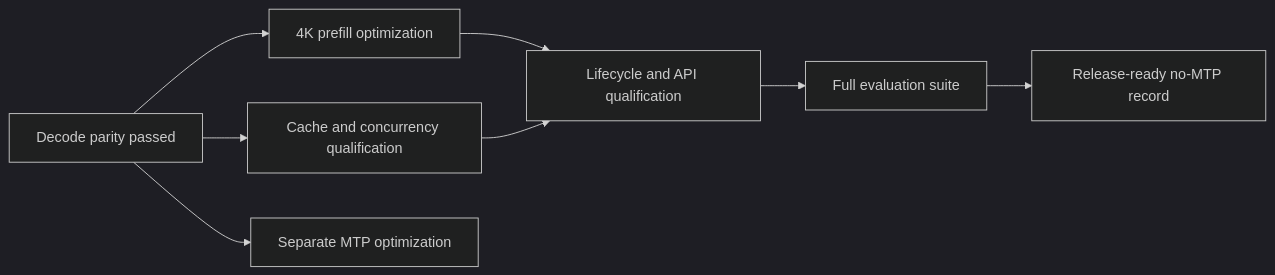
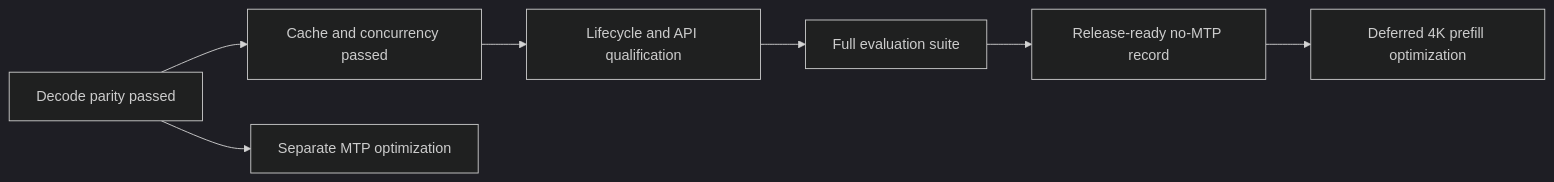
One commit to scouzi1966/AFMKit changed diagram 12 of 12 in docs/QWEN38_FLASH_NEXT_PERFORMANCE.md. Above: the diagram before and after it, drawn with Mermaid (dark theme). The commit also changed other lines of this file and 5 other files, not shown here.

````diff
--- a/docs/QWEN38_FLASH_NEXT_PERFORMANCE.md
+++ b/docs/QWEN38_FLASH_NEXT_PERFORMANCE.md
@@ -616,10 +675,9 @@
 ```mermaid
 flowchart LR
-    A[Decode parity passed] --> B[4K prefill optimization]
-    A --> C[Cache and concurrency qualification]
-    B --> D[Lifecycle and API qualification]
-    C --> D
+    A[Decode parity passed] --> C[Cache and concurrency passed]
+    C --> D[Lifecycle and API qualification]
     D --> E[Full evaluation suite]
     E --> F[Release-ready no-MTP record]
     A --> G[Separate MTP optimization]
+    F --> B[Deferred 4K prefill optimization]
 ```
````
